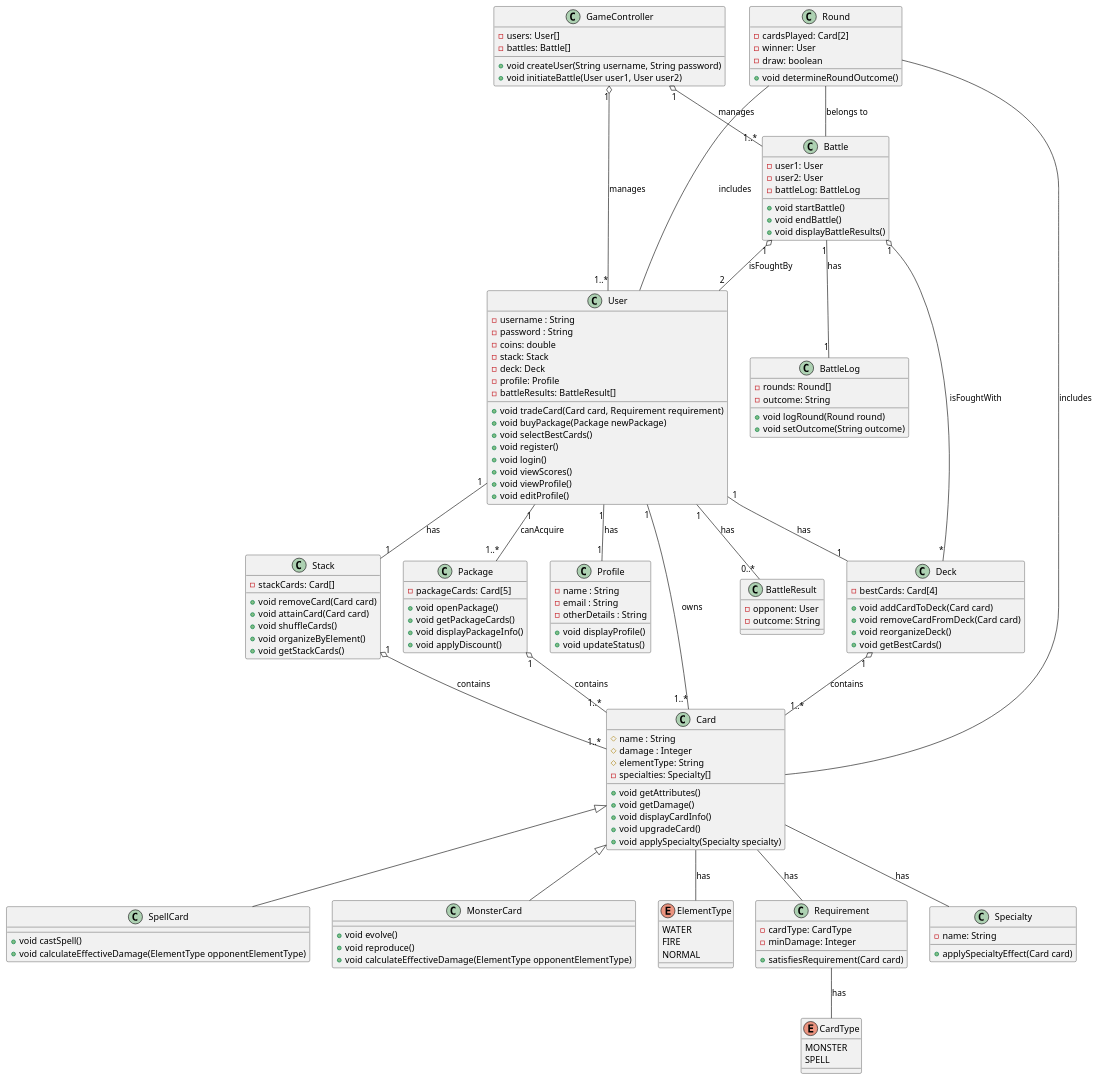
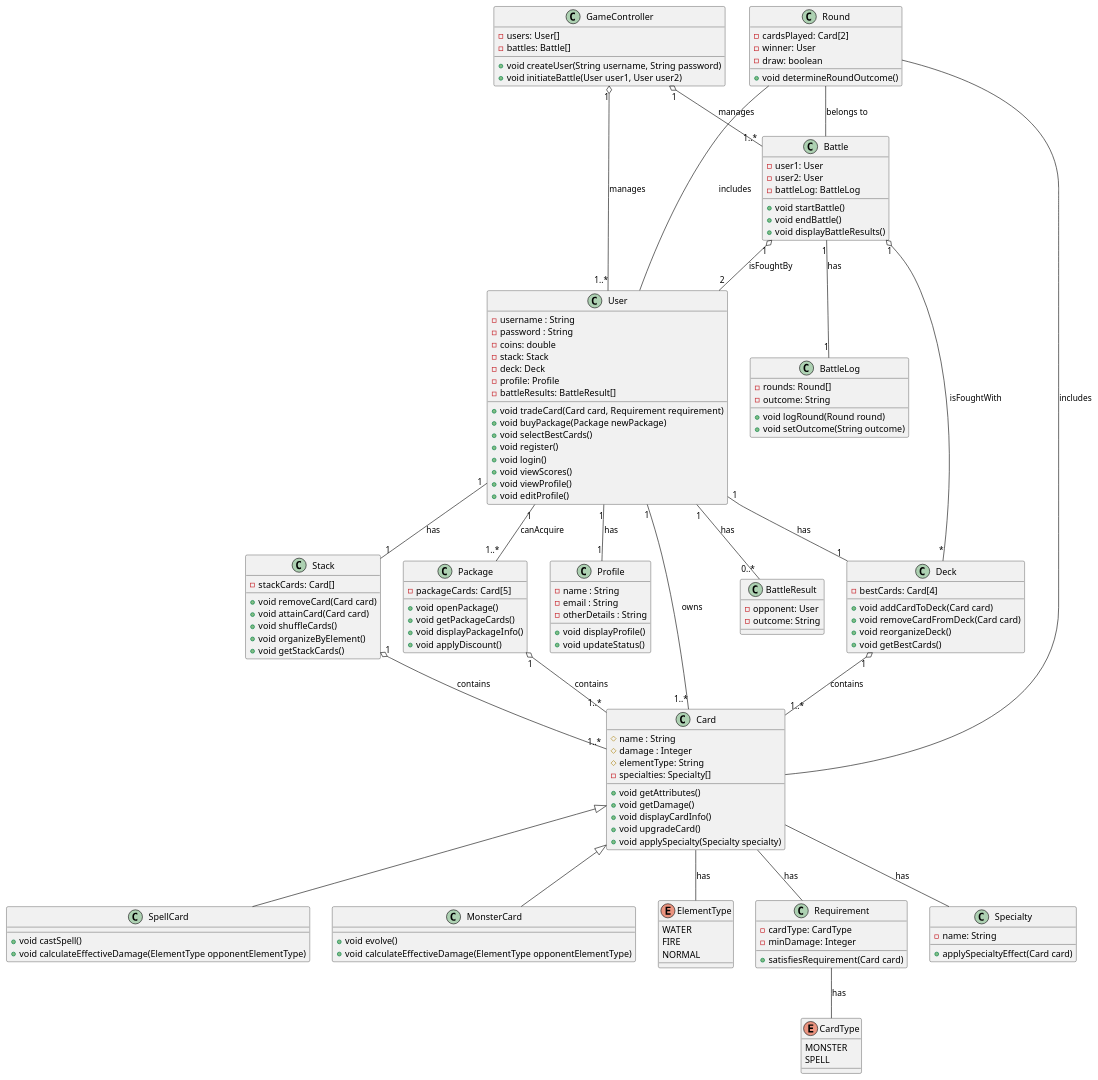
Before and after one commit to gregory567/Monster-Trading-Cards-Game-MTCG: the diagram in src/main/java/org/example/Klassen.puml, drawn with PlantUML. The commit also changed 2 other files, not shown here.

```diff
--- a/src/main/java/org/example/Klassen.puml
+++ b/src/main/java/org/example/Klassen.puml
@@ -1,165 +1,164 @@
 @startuml
 'https://plantuml.com/sequence-diagram
 
 class User {
     - username : String
     - password : String
     - coins: double
     - stack: Stack
     - deck: Deck
     - profile: Profile
     - battleResults: BattleResult[]
     + void tradeCard(Card card, Requirement requirement)
     + void buyPackage(Package newPackage)
     + void selectBestCards()
     + void register()
     + void login()
     + void viewScores()
     + void viewProfile()
     + void editProfile()
 }
 
 class Profile {
     - name : String
     - email : String
     - otherDetails : String
     + void displayProfile()
     + void updateStatus()
 }
 
 class Card {
     # name : String
     # damage : Integer
     # elementType: String
     - specialties: Specialty[]
     + void getAttributes()
     + void getDamage()
     + void displayCardInfo()
     + void upgradeCard()
     + void applySpecialty(Specialty specialty)
 }
 
 class SpellCard {
     + void castSpell()
     + void calculateEffectiveDamage(ElementType opponentElementType)
 }
 
 class MonsterCard {
     + void evolve()
-    + void reproduce()
     + void calculateEffectiveDamage(ElementType opponentElementType)
 }
 
 class Stack{
     - stackCards: Card[]
     + void removeCard(Card card)
     + void attainCard(Card card)
     + void shuffleCards()
     + void organizeByElement()
     + void getStackCards()
 }
 
 class Package {
     - packageCards: Card[5]
     + void openPackage()
     + void getPackageCards()
     + void displayPackageInfo()
     + void applyDiscount()
 }
 
 class Deck {
     - bestCards: Card[4]
     + void addCardToDeck(Card card)
     + void removeCardFromDeck(Card card)
     + void reorganizeDeck()
     + void getBestCards()
 }
 
 enum ElementType {
     WATER
     FIRE
     NORMAL
 }
 
 class Requirement {
     - cardType: CardType
     - minDamage: Integer
     + satisfiesRequirement(Card card)
 }
 
 enum CardType {
     MONSTER
     SPELL
 }
 
 class Specialty {
     - name: String
     + applySpecialtyEffect(Card card)
 }
 
 class Battle {
     - user1: User
     - user2: User
     - battleLog: BattleLog
     + void startBattle()
     + void endBattle()
     + void displayBattleResults()
 }
 
 class GameController {
     - users: User[]
     - battles: Battle[]
     + void createUser(String username, String password)
     + void initiateBattle(User user1, User user2)
 }
 
 class BattleLog {
     - rounds: Round[]
     - outcome: String
     + void logRound(Round round)
     + void setOutcome(String outcome)
 }
 
 class Round {
     - cardsPlayed: Card[2]
     - winner: User
     - draw: boolean
     + void determineRoundOutcome()
 }
 
 class BattleResult {
     - opponent: User
     - outcome: String
 }
 
 Card <|-- MonsterCard
 Card <|-- SpellCard
 
 User "1" -- "1..*" Card : owns
 User "1" -- "1" Deck : has
 User "1" -- "1..*" Package : canAcquire
 User "1" -- "1" Stack : has
 User "1" -- "1" Profile : has
 User "1" -- "0..*" BattleResult : has
 
 Stack "1" o-- "1..*" Card : contains
 Package "1" o-- "1..*" Card : contains
 Deck "1" o-- "1..*" Card : contains
 
 Battle "1" o-- "*" Deck : isFoughtWith
 Battle "1" o-- "2" User : isFoughtBy
 Battle "1" -- "1" BattleLog : has
 
 GameController "1" o-- "1..*" User : manages
 GameController "1" o-- "1..*" Battle : manages
 
 Card -- ElementType : has
 Card -- Requirement : has
 Requirement -- CardType : has
 Card -- Specialty : has
 
 Round -- Card : includes
 Round -- User : includes
 Round -- Battle : belongs to
 
 @enduml
```
